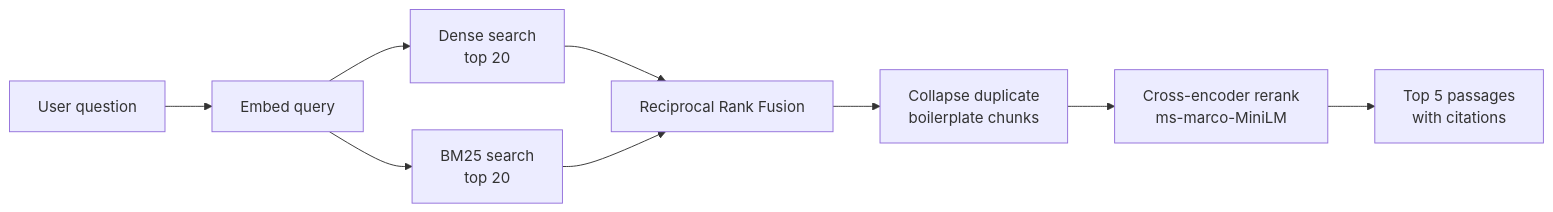
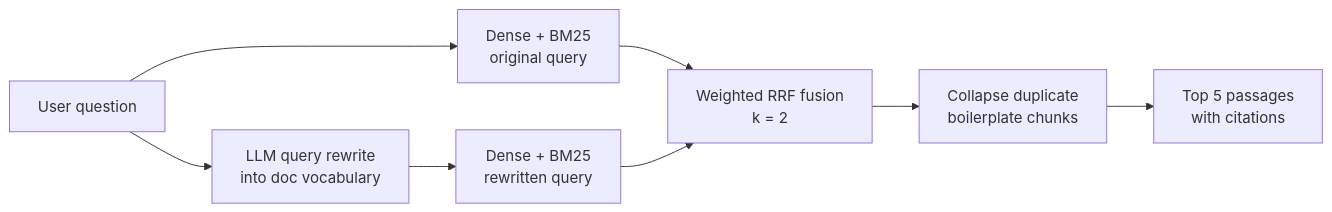
Before and after one commit to abhijeetGithu/SupportPilot-Agentic-RAG-Customer-Support-Copilot: the eighth of 9 diagrams in README.md, drawn with Mermaid. The commit also changed other lines of this file and 117 other files, not shown here.

````diff
--- a/README.md
+++ b/README.md
@@ -293,10 +296,9 @@
 ```mermaid
 flowchart LR
-    Q["User question"] --> E1["Embed query"]
-    E1 --> D["Dense search<br/>top 20"]
-    E1 --> S["BM25 search<br/>top 20"]
-    D & S --> F["Reciprocal Rank Fusion"]
+    Q["User question"] --> RW["LLM query rewrite<br/>into doc vocabulary"]
+    Q --> D1["Dense + BM25<br/>original query"]
+    RW --> D2["Dense + BM25<br/>rewritten query"]
+    D1 & D2 --> F["Weighted RRF fusion<br/>k = 2"]
     F --> X["Collapse duplicate<br/>boilerplate chunks"]
-    X --> R["Cross-encoder rerank<br/>ms-marco-MiniLM"]
-    R --> T["Top 5 passages<br/>with citations"]
+    X --> T["Top 5 passages<br/>with citations"]
 ```
````
